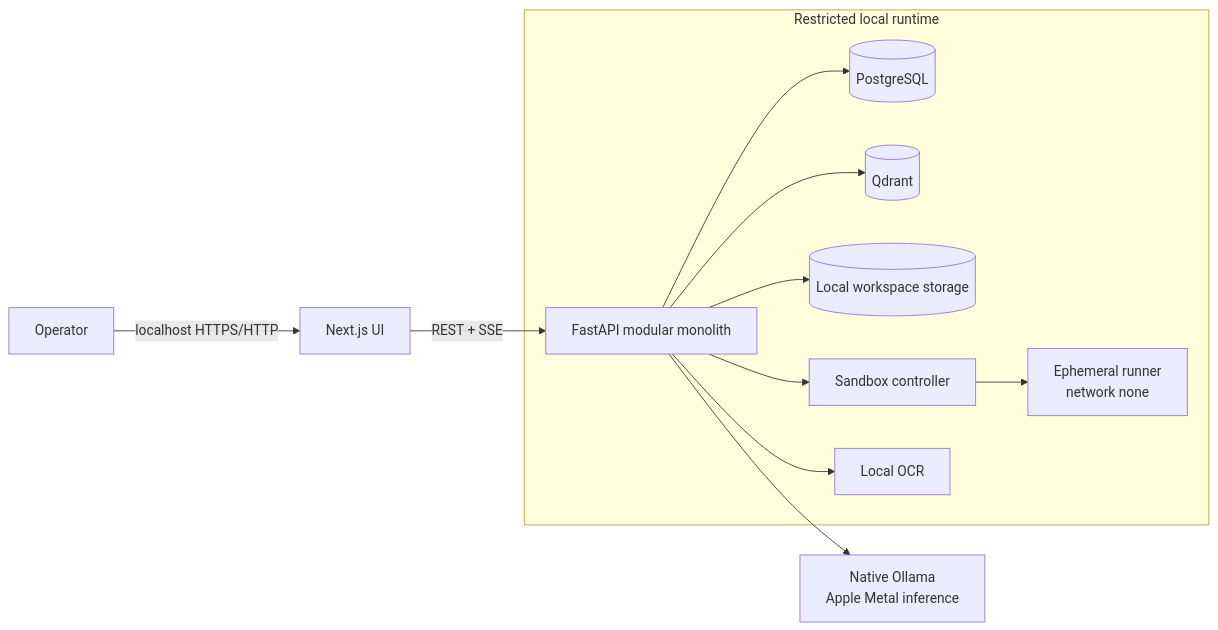
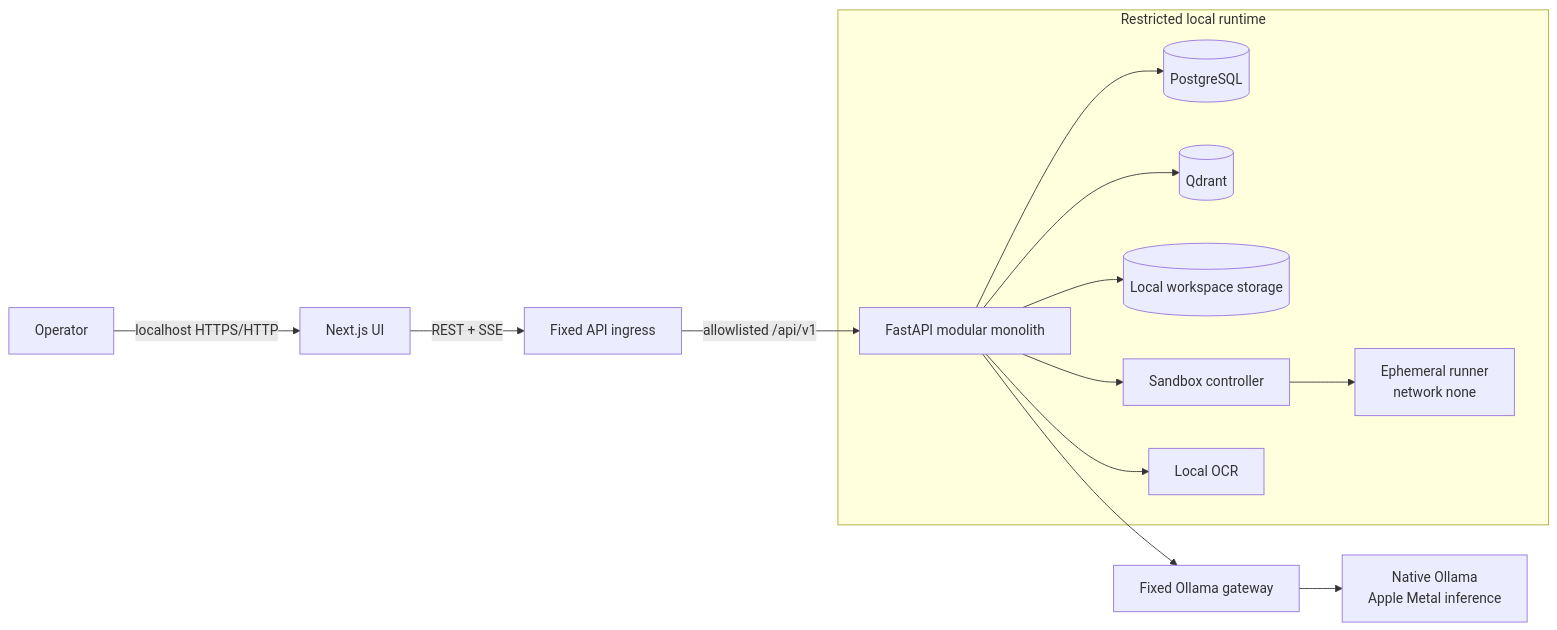
One commit to soumanpaul/SOVEREIGN-AI changed the diagram in docs/04-architecture.md. Above: the diagram before and after it, drawn with Mermaid. The commit also changed other lines of this file and 72 other files, not shown here.

````diff
--- a/docs/04-architecture.md
+++ b/docs/04-architecture.md
@@ -18,22 +18,24 @@
 ```mermaid
 flowchart LR
     U[Operator] -->|localhost HTTPS/HTTP| FE[Next.js UI]
-    FE -->|REST + SSE| API[FastAPI modular monolith]
+    FE -->|REST + SSE| IG[Fixed API ingress]
+    IG -->|allowlisted /api/v1| API[FastAPI modular monolith]
     API --> PG[(PostgreSQL)]
     API --> QD[(Qdrant)]
     API --> FS[(Local workspace storage)]
-    API --> OL[Native Ollama<br/>Apple Metal inference]
+    API --> OG[Fixed Ollama gateway]
+    OG --> OL[Native Ollama<br/>Apple Metal inference]
     API --> SB[Sandbox controller]
     SB --> CT[Ephemeral runner<br/>network none]
     API --> OCR[Local OCR]
 
     subgraph Restricted local runtime
       API
       PG
       QD
       FS
       SB
       CT
       OCR
     end
 ```
````
